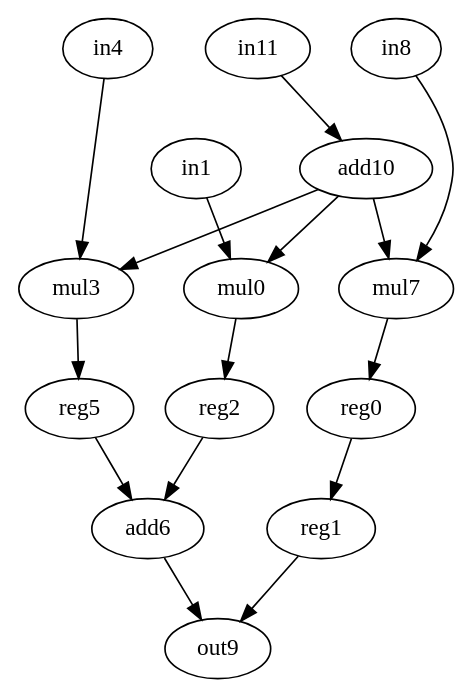
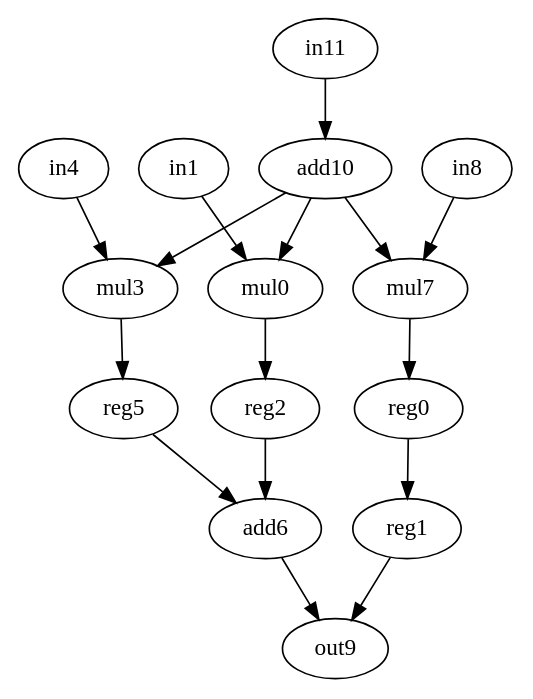
The diagram in bench/m_bench/dac/simple.dot (jeronimopenha/traversal_project), drawn with Graphviz before and after one commit. The commit also changed 5 other files, not shown here.

```diff
--- a/bench/m_bench/dac/simple.dot
+++ b/bench/m_bench/dac/simple.dot
@@ -1,32 +1,32 @@
 digraph simple {
 0 [label=mul0 op=mul];
 1 [label=in1 op=in];
 2 [label=reg2 op=reg];
 3 [label=mul3 op=mul];
 4 [label=in4 op=in];
 5 [label=reg5 op=reg];
 6 [label=add6 op=add];
 7 [label=mul7 op=mul];
 8 [label=in8 op=in];
 9 [label=out9 op=out];
 10 [label=add10 op=addi value=2];
 11 [label=in11 op=in];
 12 [label=reg0 op=reg];
 13 [label=reg1 op=reg];
 
-10 -> 0 [port=0 weight=0];
-1 -> 0 [port=1 weight=0];
-0 -> 2 [port=0 weight=0];
-10 -> 3 [port=0 weight=0];
-4 -> 3 [port=1 weight=0];
-3 -> 5 [port=0 weight=0];
-2 -> 6 [port=0 weight=0];
-5 -> 6 [port=1 weight=0];
-10 -> 7 [port=0 weight=0];
-8 -> 7 [port=1 weight=0];
-6 -> 9 [port=0 weight=0];
-13 -> 9 [port=1 weight=0];
-11 -> 10 [port=0 weight=0];
-7 -> 12 [port=0 weight=0];
-12 -> 13 [port=0 weight=0];
+10 -> 0 [port=0 w=0];
+1 -> 0 [port=1 w=0];
+0 -> 2 [port=0 w=0];
+10 -> 3 [port=0 w=0];
+4 -> 3 [port=1 w=0];
+3 -> 5 [port=0 w=0];
+2 -> 6 [port=0 w=0];
+5 -> 6 [port=1 w=0];
+10 -> 7 [port=0 w=0];
+8 -> 7 [port=1 w=0];
+6 -> 9 [port=0 w=0];
+13 -> 9 [port=1 w=0];
+11 -> 10 [port=0 w=0];
+7 -> 12 [port=0 w=0];
+12 -> 13 [port=0 w=0];
 }
```
